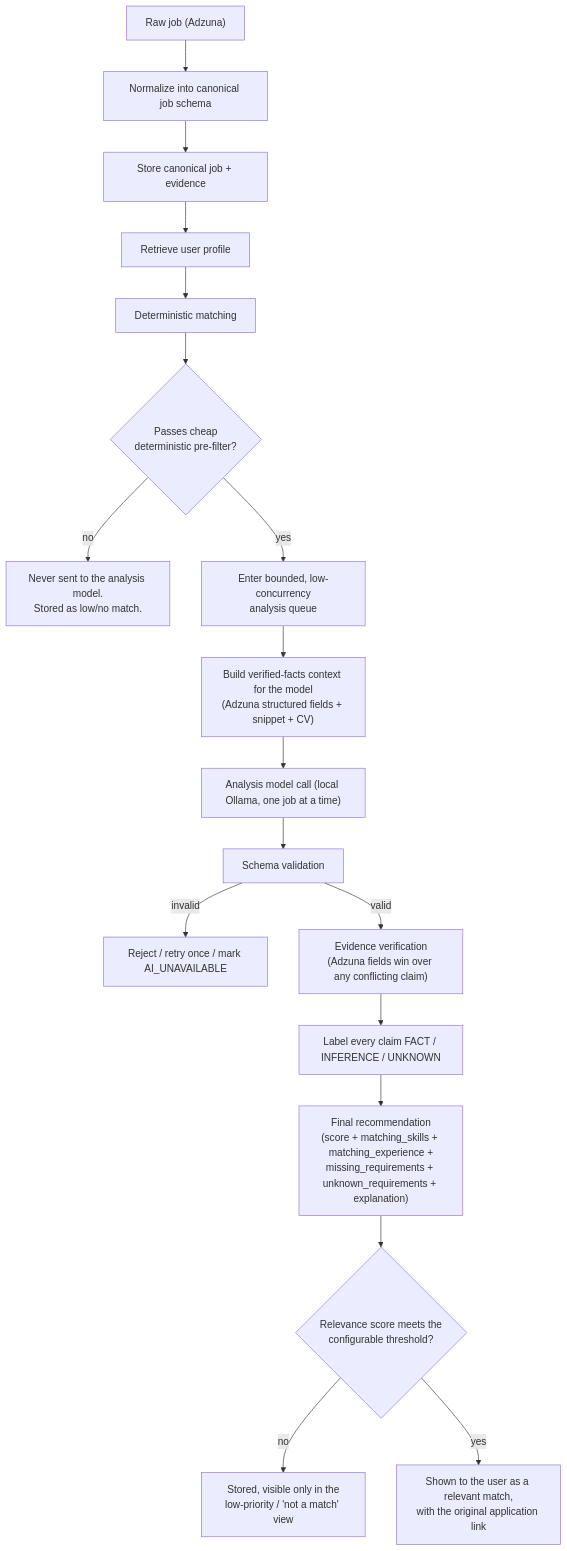
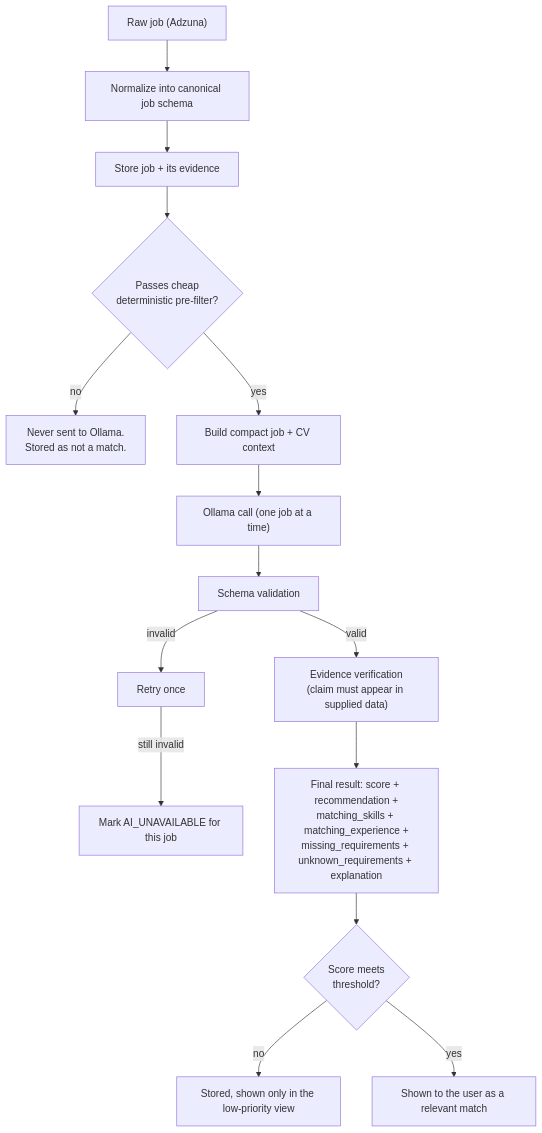
Before and after one commit to wassimrahoui/adhd-job-agent: the diagram in docs/02-ai-and-matching-architecture.md, drawn with Mermaid. The commit also changed other lines of this file and 4 other files, not shown here.

Commit message:
docs: simplify MVP architecture (batch 1/2) - simple AI pipeline, two-stage matching, sequential processing, SQLite, user-triggered search

````diff
--- a/docs/02-ai-and-matching-architecture.md
+++ b/docs/02-ai-and-matching-architecture.md
@@ -5,20 +26,17 @@
 ```mermaid
 flowchart TD
     RAW["Raw job (Adzuna)"] --> NORMALIZE["Normalize into canonical job schema"]
-    NORMALIZE --> STORE["Store canonical job + evidence"]
-    STORE --> PROFILE["Retrieve user profile"]
-    PROFILE --> DETMATCH["Deterministic matching"]
-    DETMATCH --> PREFILTER{"Passes cheap\ndeterministic pre-filter?"}
-    PREFILTER -->|no| SKIP["Never sent to the analysis model.\nStored as low/no match."]
-    PREFILTER -->|yes| QUEUE["Enter bounded, low-concurrency\nanalysis queue"]
-    QUEUE --> CONTEXT["Build verified-facts context for the model\n(Adzuna structured fields + snippet + CV)"]
-    CONTEXT --> LLM["Analysis model call (local Ollama, one job at a time)"]
+    NORMALIZE --> STORE["Store job + its evidence"]
+    STORE --> PREFILTER{"Passes cheap\ndeterministic pre-filter?"}
+    PREFILTER -->|no| SKIP["Never sent to Ollama.\nStored as not a match."]
+    PREFILTER -->|yes| CONTEXT["Build compact job + CV context"]
+    CONTEXT --> LLM["Ollama call (one job at a time)"]
     LLM --> SCHEMA["Schema validation"]
-    SCHEMA -->|invalid| REJECT["Reject / retry once / mark AI_UNAVAILABLE"]
-    SCHEMA -->|valid| VERIFY["Evidence verification\n(Adzuna fields win over any conflicting claim)"]
-    VERIFY --> LABEL["Label every claim FACT / INFERENCE / UNKNOWN"]
-    LABEL --> FINAL["Final recommendation\n(score + matching_skills + matching_experience +\nmissing_requirements + unknown_requirements + explanation)"]
-    FINAL --> THRESHOLD{"Relevance score meets the\nconfigurable threshold?"}
-    THRESHOLD -->|no| LOWPRI["Stored, visible only in the\nlow-priority / 'not a match' view"]
-    THRESHOLD -->|yes| REVIEW["Shown to the user as a relevant match,\nwith the original application link"]
+    SCHEMA -->|invalid| RETRY["Retry once"]
+    RETRY -->|still invalid| REJECT["Mark AI_UNAVAILABLE for this job"]
+    SCHEMA -->|valid| VERIFY["Evidence verification\n(claim must appear in supplied data)"]
+    VERIFY --> FINAL["Final result: score + recommendation +\nmatching_skills + matching_experience +\nmissing_requirements + unknown_requirements + explanation"]
+    FINAL --> THRESHOLD{"Score meets\nthreshold?"}
+    THRESHOLD -->|no| LOWPRI["Stored, shown only in the low-priority view"]
+    THRESHOLD -->|yes| REVIEW["Shown to the user as a relevant match"]
 ```
````
